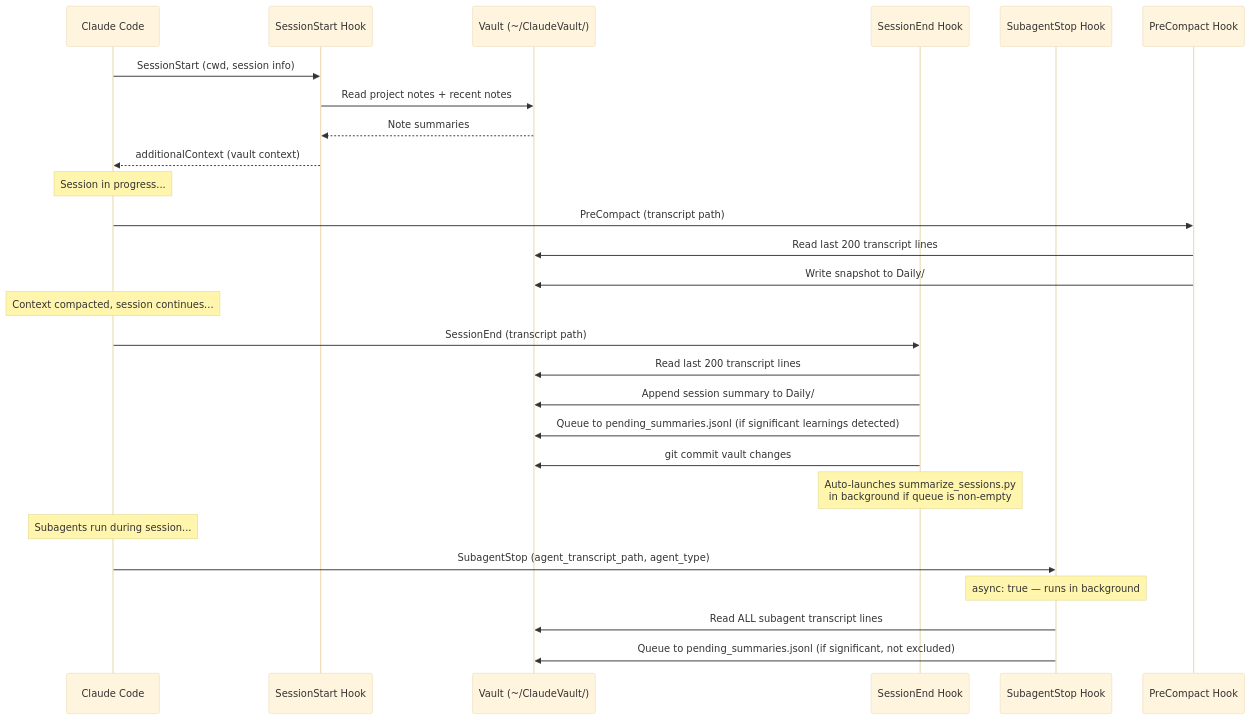
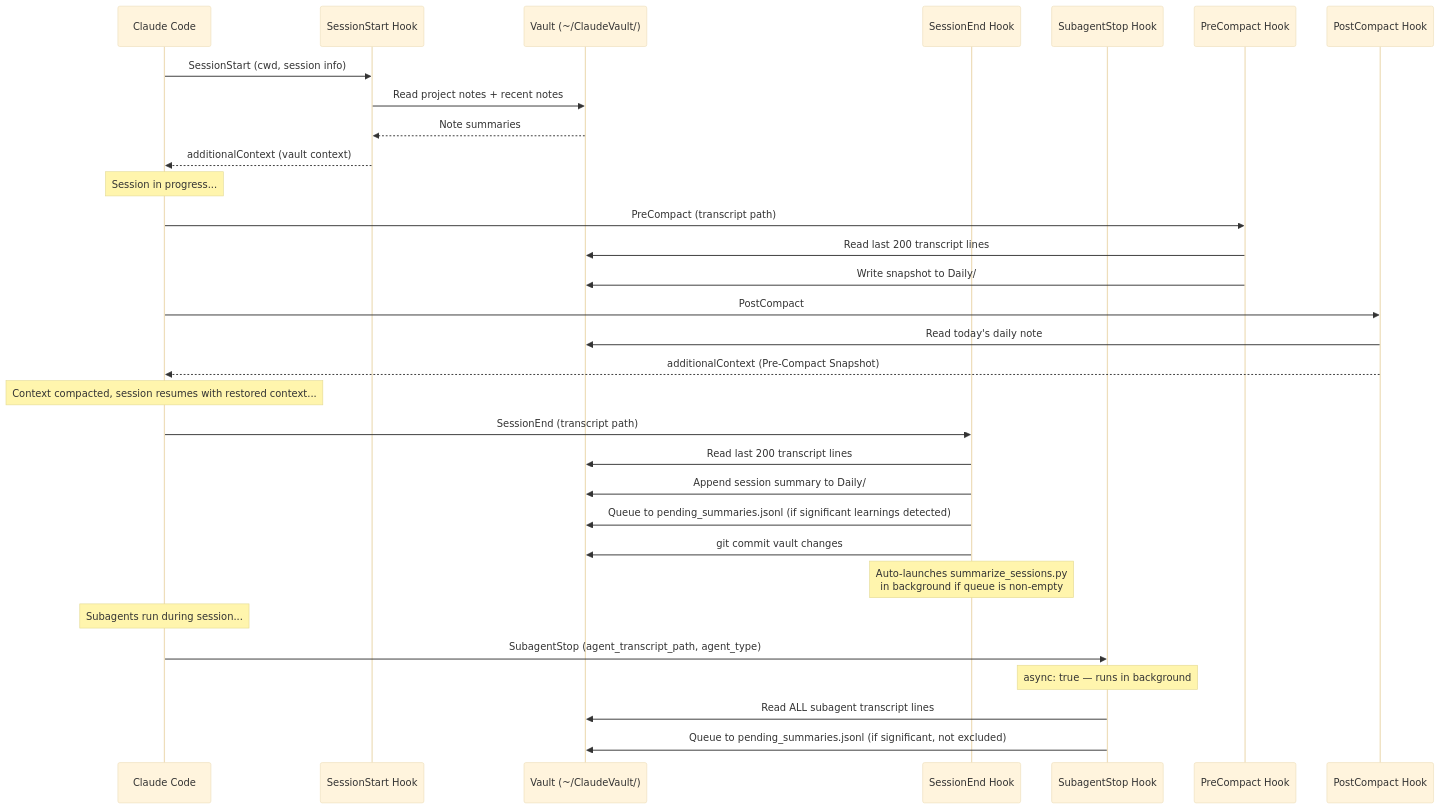
Before and after one commit to paulrobello/parsidion: the second of 5 diagrams in docs/ARCHITECTURE.md, drawn with Mermaid (base theme). The commit also changed other lines of this file and 2 other files, not shown here.

First line of the commit message:
docs: update README, CLAUDE.md, and ARCHITECTURE.md for enhancement sprint

````diff
--- a/docs/ARCHITECTURE.md
+++ b/docs/ARCHITECTURE.md
@@ -737,36 +827,40 @@
 ```mermaid
 sequenceDiagram
     participant CC as Claude Code
     participant SSH as SessionStart Hook
     participant V as Vault (~/ClaudeVault/)
     participant STH as SessionEnd Hook
     participant ASH as SubagentStop Hook
     participant PCH as PreCompact Hook
+    participant POCH as PostCompact Hook
 
     CC->>SSH: SessionStart (cwd, session info)
     SSH->>V: Read project notes + recent notes
     V-->>SSH: Note summaries
     SSH-->>CC: additionalContext (vault context)
 
     Note over CC: Session in progress...
 
     CC->>PCH: PreCompact (transcript path)
     PCH->>V: Read last 200 transcript lines
     PCH->>V: Write snapshot to Daily/
+    CC->>POCH: PostCompact
+    POCH->>V: Read today's daily note
+    POCH-->>CC: additionalContext (Pre-Compact Snapshot)
 
-    Note over CC: Context compacted, session continues...
+    Note over CC: Context compacted, session resumes with restored context...
 
     CC->>STH: SessionEnd (transcript path)
     STH->>V: Read last 200 transcript lines
     STH->>V: Append session summary to Daily/
     STH->>V: Queue to pending_summaries.jsonl (if significant learnings detected)
     STH->>V: git commit vault changes
     Note over STH: Auto-launches summarize_sessions.py<br/>in background if queue is non-empty
 
     Note over CC: Subagents run during session...
 
     CC->>ASH: SubagentStop (agent_transcript_path, agent_type)
     Note over ASH: async: true — runs in background
     ASH->>V: Read ALL subagent transcript lines
     ASH->>V: Queue to pending_summaries.jsonl (if significant, not excluded)
 ```
````
